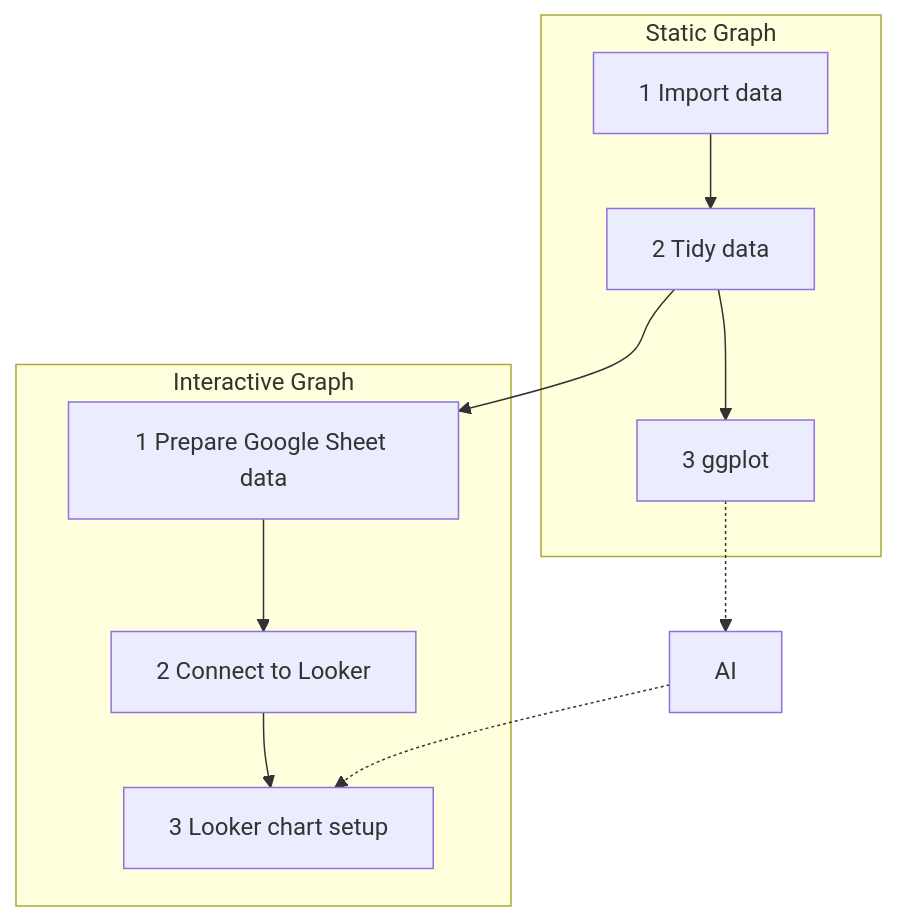
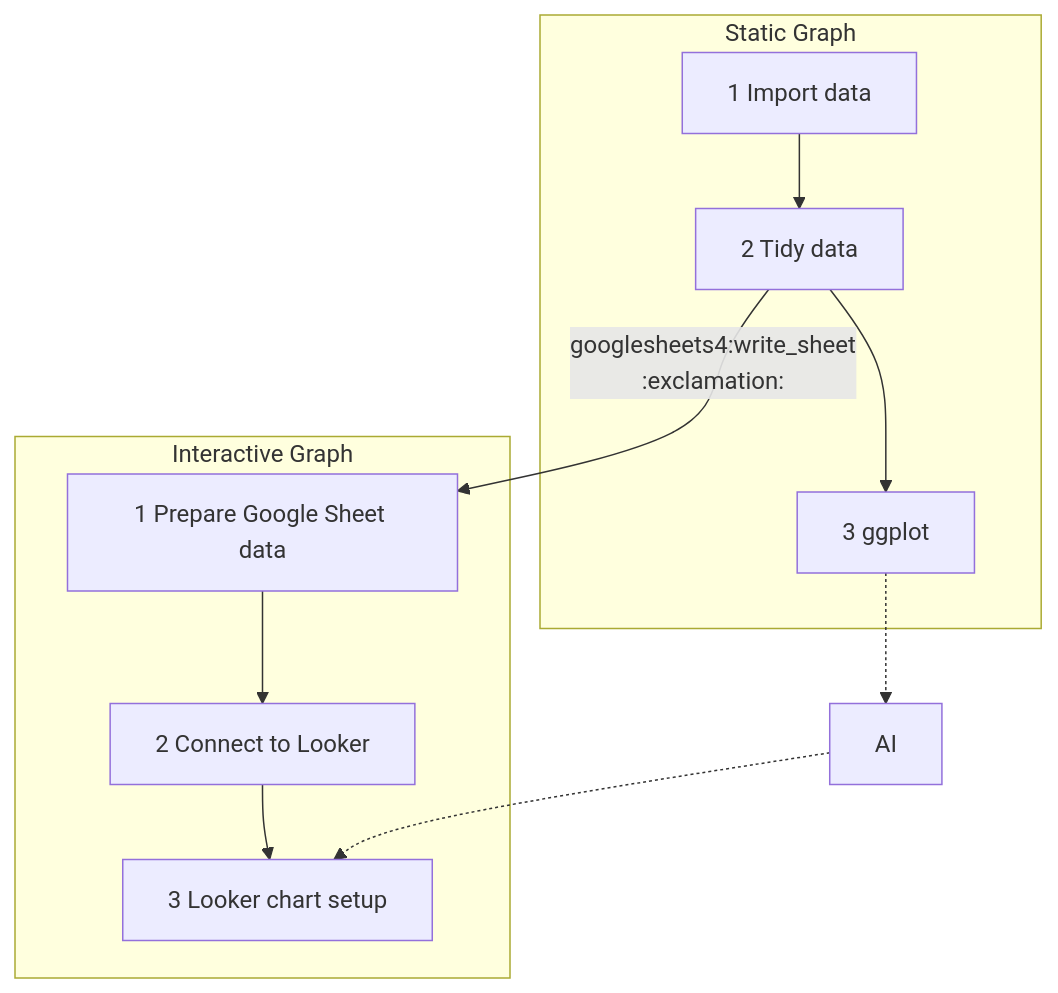
One commit to tpemartin/113-1-data-visualization changed the diagram in Lecture-notes/04-looker.md. Above: the diagram before and after it, drawn with Mermaid. The commit also changed other lines of this file and 3 other files, not shown here.

````diff
--- a/Lecture-notes/04-looker.md
+++ b/Lecture-notes/04-looker.md
@@ -6,19 +6,19 @@
 ```mermaid
 flowchart TD
 
     subgraph Section1 [Static Graph]
         A[1 Import data] --> B[2 Tidy data]
         B --> C[3 ggplot]
     end
 
     subgraph Section2 [Interactive Graph]
-        B --> D[1 Prepare Google Sheet data]
+        B -->|googlesheets4:write_sheet\n:exclamation:| D[1 Prepare Google Sheet data]
         D --> E[2 Connect to Looker]
         E --> F[3 Looker chart setup]
     end
 
     C -.-> G[AI]
     G -.-> F
 
 
 ```
````
